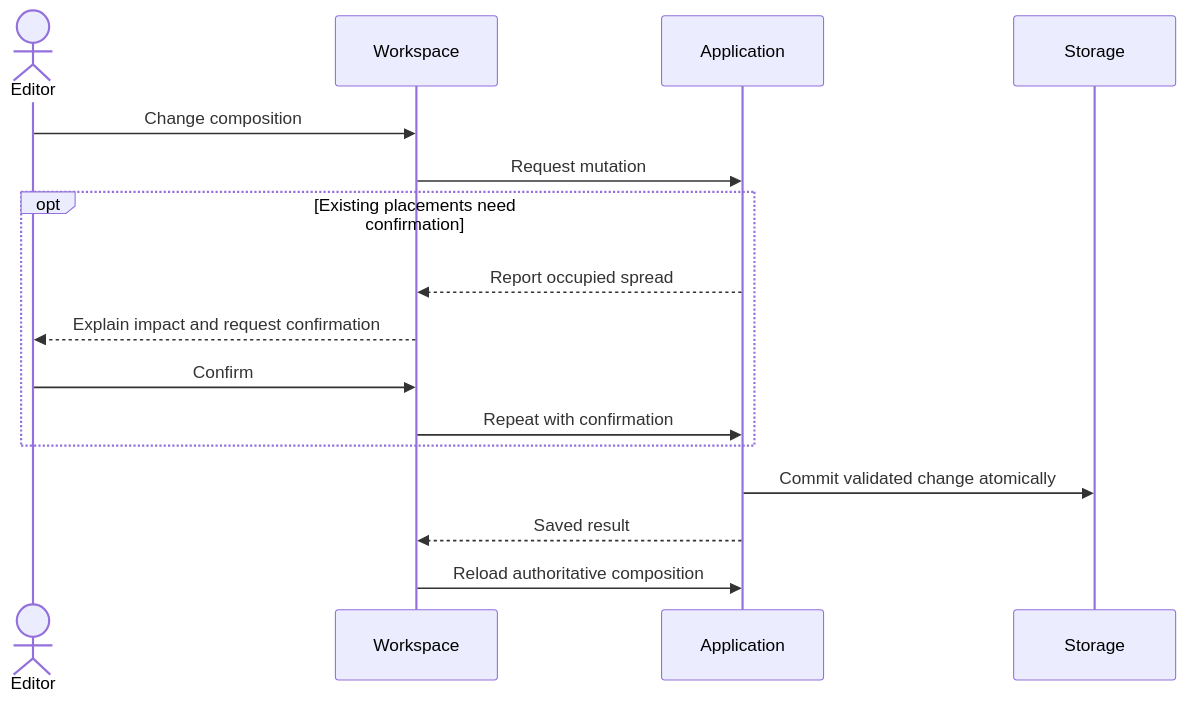
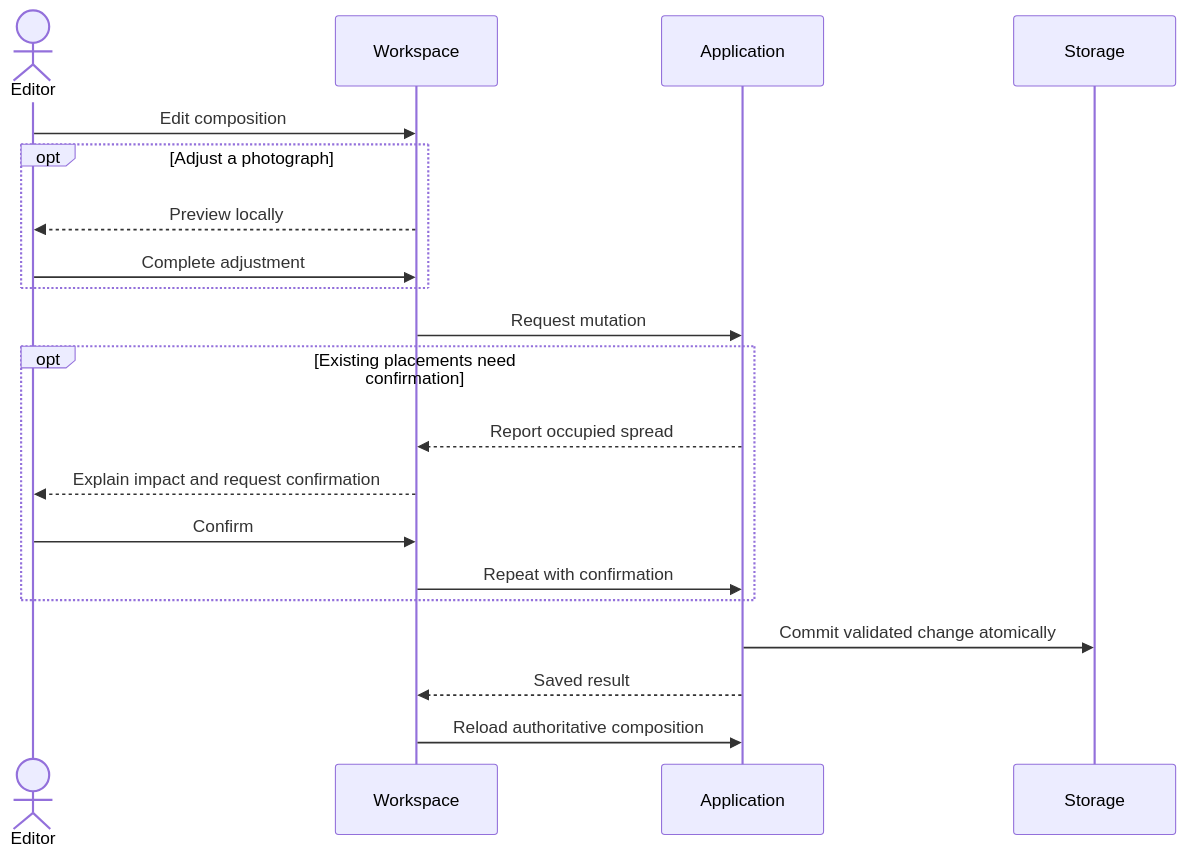
The fourth of 5 diagrams in specs/design.md (Shepherd-s-Den/photography), drawn with Mermaid before and after one commit. The commit also changed other lines of this file and 1 other file, not shown here.

````diff
--- a/specs/design.md
+++ b/specs/design.md
@@ -56,18 +56,22 @@
 ```mermaid
 sequenceDiagram
   actor Editor
   participant Workspace
   participant Application
   participant Storage
-  Editor->>Workspace: Change composition
+  Editor->>Workspace: Edit composition
+  opt Adjust a photograph
+    Workspace-->>Editor: Preview locally
+    Editor->>Workspace: Complete adjustment
+  end
   Workspace->>Application: Request mutation
   opt Existing placements need confirmation
     Application-->>Workspace: Report occupied spread
     Workspace-->>Editor: Explain impact and request confirmation
     Editor->>Workspace: Confirm
     Workspace->>Application: Repeat with confirmation
   end
   Application->>Storage: Commit validated change atomically
   Application-->>Workspace: Saved result
   Workspace->>Application: Reload authoritative composition
 ```
````
